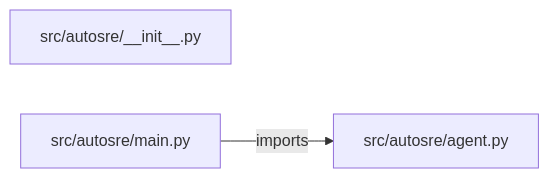
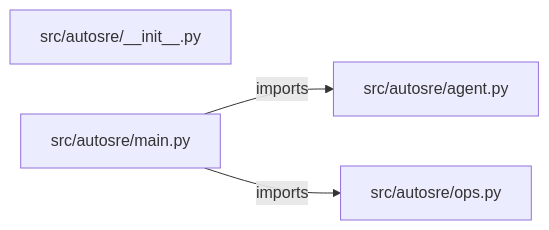
The diagram in PROJECT_ARCHITECTURE.md (iarsingh/autonomous-sre-investigation-agent), drawn with Mermaid before and after one commit. The commit also changed other lines of this file and 2 other files, not shown here.

Commit message:
Refresh architecture and interview guides from current implementation

````diff
--- a/PROJECT_ARCHITECTURE.md
+++ b/PROJECT_ARCHITECTURE.md
@@ -13,7 +13,9 @@
 ```mermaid
 flowchart LR
     M0["src/autosre/__init__.py"]
     M1["src/autosre/agent.py"]
     M2["src/autosre/main.py"]
+    M3["src/autosre/ops.py"]
     M2 -->|imports| M1
+    M2 -->|imports| M3
 ```
````
